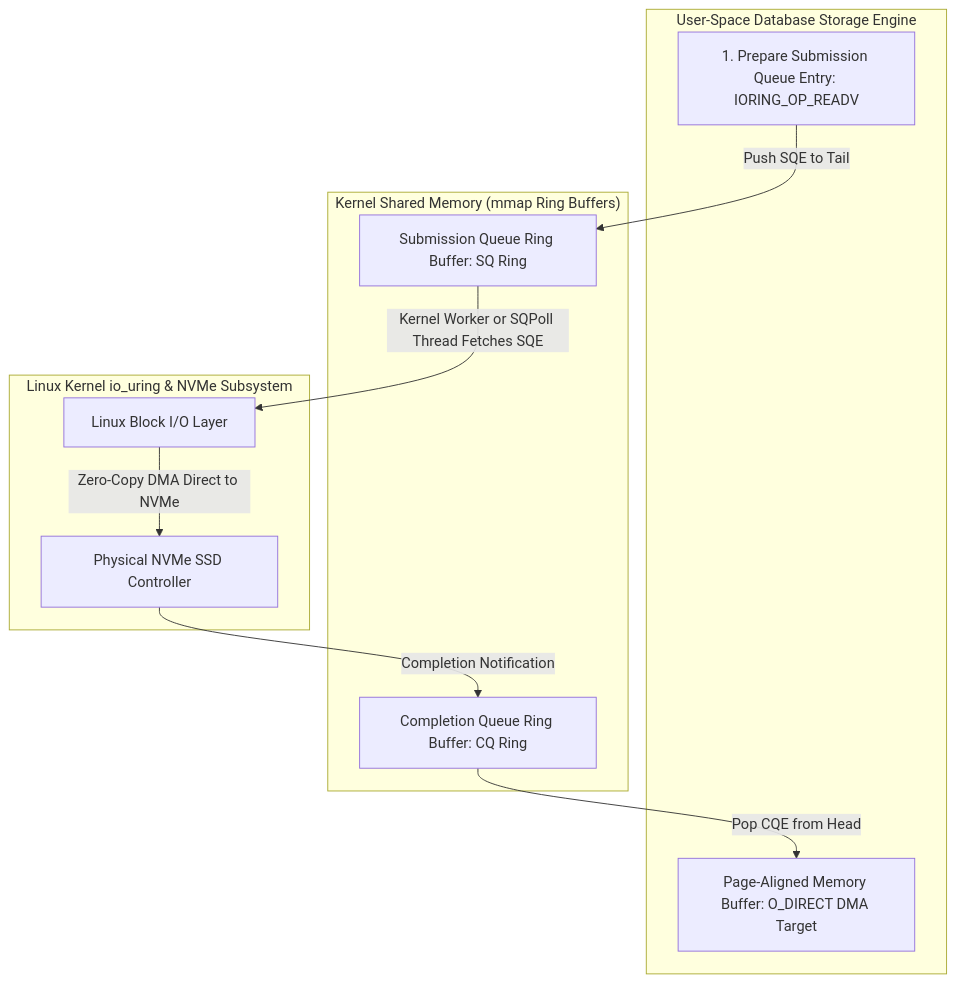
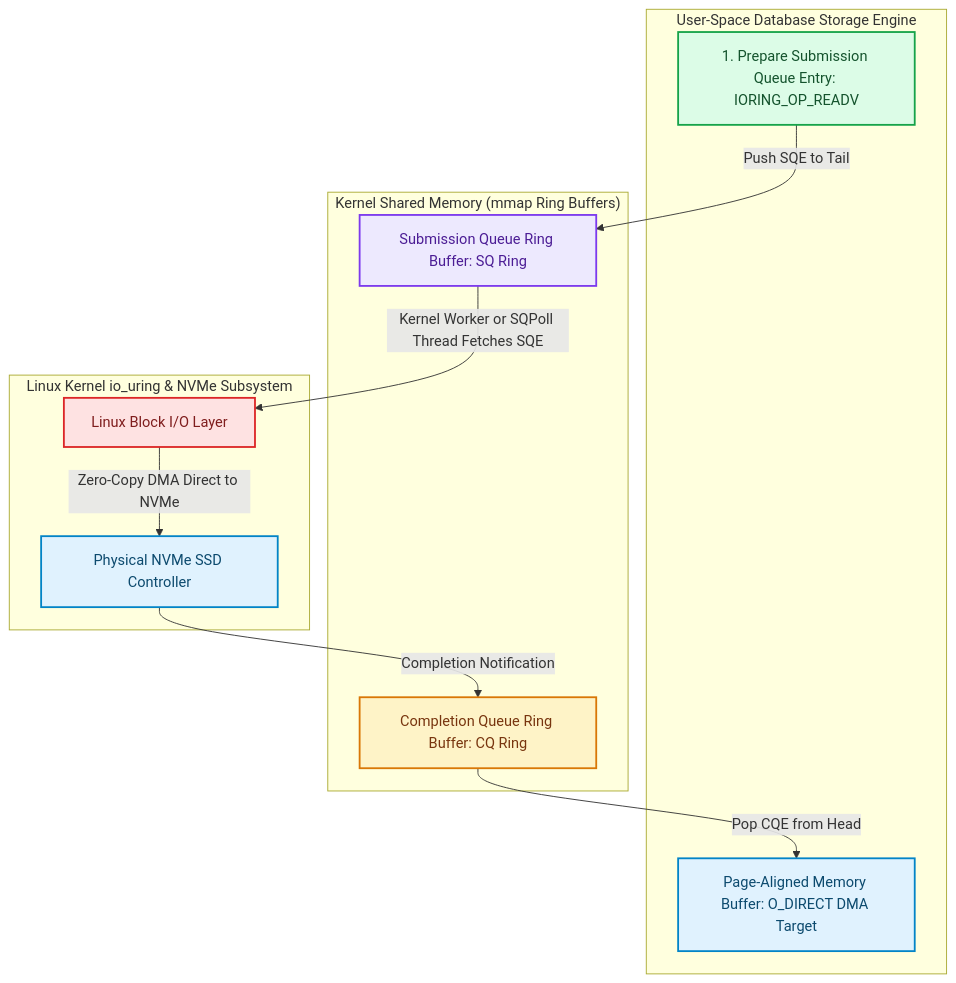
The diagram in blog/posts/direct-io-o-direct-asynchronous-nvme-io-uring-storage.md (akmalkhaniub/akmalkhaniub.github.io), drawn with Mermaid before and after one commit. The commit also changed other lines of this file and 1291 other files, not shown here.

First line of the commit message:
feat(catalog): unique covers, scholarly references, and diagram palettes

````diff
--- a/blog/posts/direct-io-o-direct-asynchronous-nvme-io-uring-storage.md
+++ b/blog/posts/direct-io-o-direct-asynchronous-nvme-io-uring-storage.md
@@ -20,18 +20,29 @@
 ```mermaid
 flowchart TD
   subgraph SG1_UserSpaceDatabase ["User-Space Database Storage Engine"]
-    AppMem[Page-Aligned Memory Buffer: O_DIRECT DMA Target]
-    SQE_Prep[1. Prepare Submission Queue Entry: IORING_OP_READV]
+    AppMem["Page-Aligned Memory Buffer: O_DIRECT DMA Target"]
+    SQE_Prep["1. Prepare Submission Queue Entry: IORING_OP_READV"]
   end
   
   subgraph SG2_KernelSharedMemory ["Kernel Shared Memory (mmap Ring Buffers)"]
-    SQE_Prep -->|Push SQE to Tail| SQ[Submission Queue Ring Buffer: SQ Ring]
-    CQ[Completion Queue Ring Buffer: CQ Ring] -->|Pop CQE from Head| AppMem
+    SQE_Prep -->|Push SQE to Tail| SQ["Submission Queue Ring Buffer: SQ Ring"]
+    CQ["Completion Queue Ring Buffer: CQ Ring"] -->|Pop CQE from Head| AppMem
   end
   
   subgraph SG3_LinuxKernelIo ["Linux Kernel io_uring & NVMe Subsystem"]
-    SQ -->|Kernel Worker or SQPoll Thread Fetches SQE| KernelDriver[Linux Block I/O Layer]
-    KernelDriver -->|Zero-Copy DMA Direct to NVMe| NVMe[Physical NVMe SSD Controller]
+    SQ -->|Kernel Worker or SQPoll Thread Fetches SQE| KernelDriver["Linux Block I/O Layer"]
+    KernelDriver -->|Zero-Copy DMA Direct to NVMe| NVMe["Physical NVMe SSD Controller"]
     NVMe -->|Completion Notification| CQ
   end
+
+classDef green fill:#dcfce7,stroke:#16a34a,stroke-width:2px,color:#14532d;
+classDef red fill:#fee2e2,stroke:#dc2626,stroke-width:2px,color:#7f1d1d;
+classDef blue fill:#e0f2fe,stroke:#0284c7,stroke-width:2px,color:#0c4a6e;
+classDef yellow fill:#fef3c7,stroke:#d97706,stroke-width:2px,color:#78350f;
+classDef purple fill:#ede9fe,stroke:#7c3aed,stroke-width:2px,color:#4c1d95;
+class AppMem,NVMe blue
+class SQE_Prep green
+class SQ purple
+class CQ yellow
+class KernelDriver red
 ```
````
